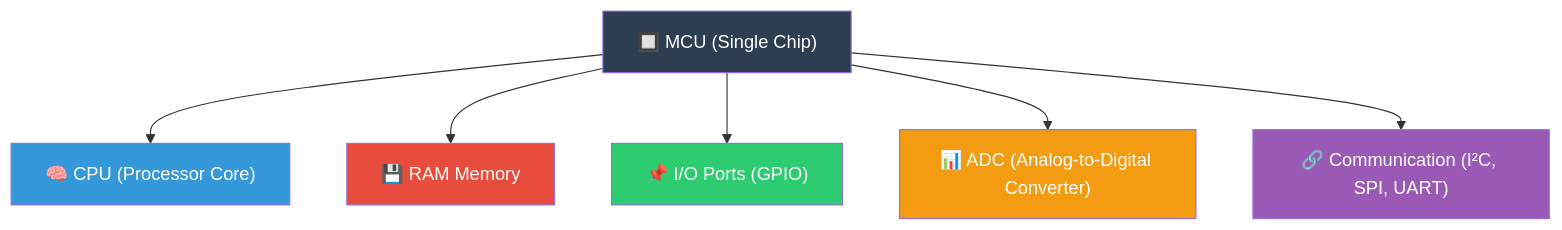
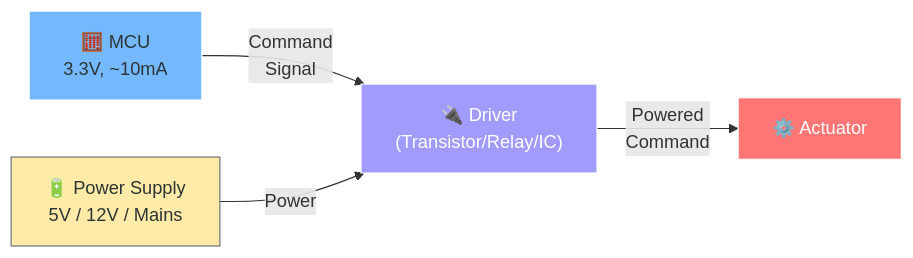
The third of 13 diagrams in 00_Inbox/01_University/Practical_Computing/Labs/04_Labs.md (affaanq/University-Year1-Notes), drawn with Mermaid before and after one commit. The commit also changed other lines of this file and 2 other files, not shown here.

````diff
--- a/00_Inbox/01_University/Practical_Computing/Labs/04_Labs.md
+++ b/00_Inbox/01_University/Practical_Computing/Labs/04_Labs.md
@@ -46,15 +98,11 @@
 ```mermaid
-graph TD
-    MCU["🔲 MCU (Single Chip)"]
-    MCU --> CPU["🧠 CPU (Processor Core)"]
-    MCU --> RAM["💾 RAM Memory"]
-    MCU --> IO["📌 I/O Ports (GPIO)"]
-    MCU --> ADC["📊 ADC (Analog-to-Digital Converter)"]
-    MCU --> COMM["🔗 Communication (I²C, SPI, UART)"]
-    style MCU fill:#2c3e50,color:#fff
-    style CPU fill:#3498db,color:#fff
-    style RAM fill:#e74c3c,color:#fff
-    style IO fill:#2ecc71,color:#fff
-    style ADC fill:#f39c12,color:#fff
-    style COMM fill:#9b59b6,color:#fff
+flowchart LR
+    MCU["🧮 MCU\n3.3V, ~10mA"] -->|"Command\nSignal"| DRIVER["🔌 Driver\n(Transistor/Relay/IC)"]
+    PS["🔋 Power Supply\n5V / 12V / Mains"] -->|"Power"| DRIVER
+    DRIVER -->|"Powered\nCommand"| ACT["⚙️ Actuator"]
+
+    style MCU fill:#74b9ff,stroke:#fff,color:#2d3436
+    style DRIVER fill:#a29bfe,stroke:#fff,color:#fff
+    style PS fill:#ffeaa7,stroke:#636e72,color:#2d3436
+    style ACT fill:#ff7675,stroke:#fff,color:#fff
 ```
````
